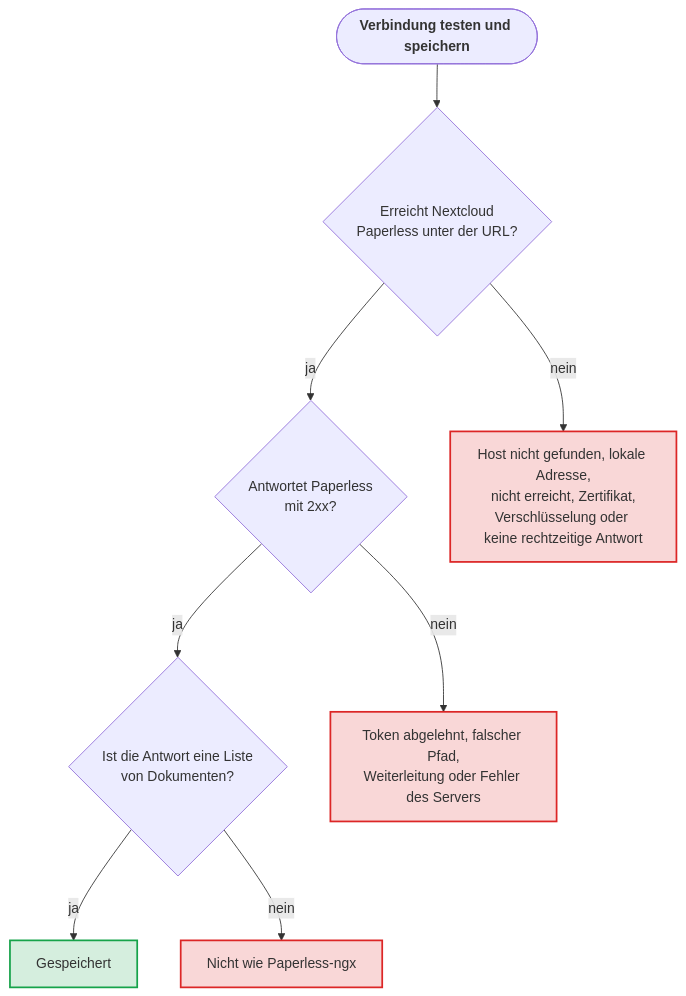
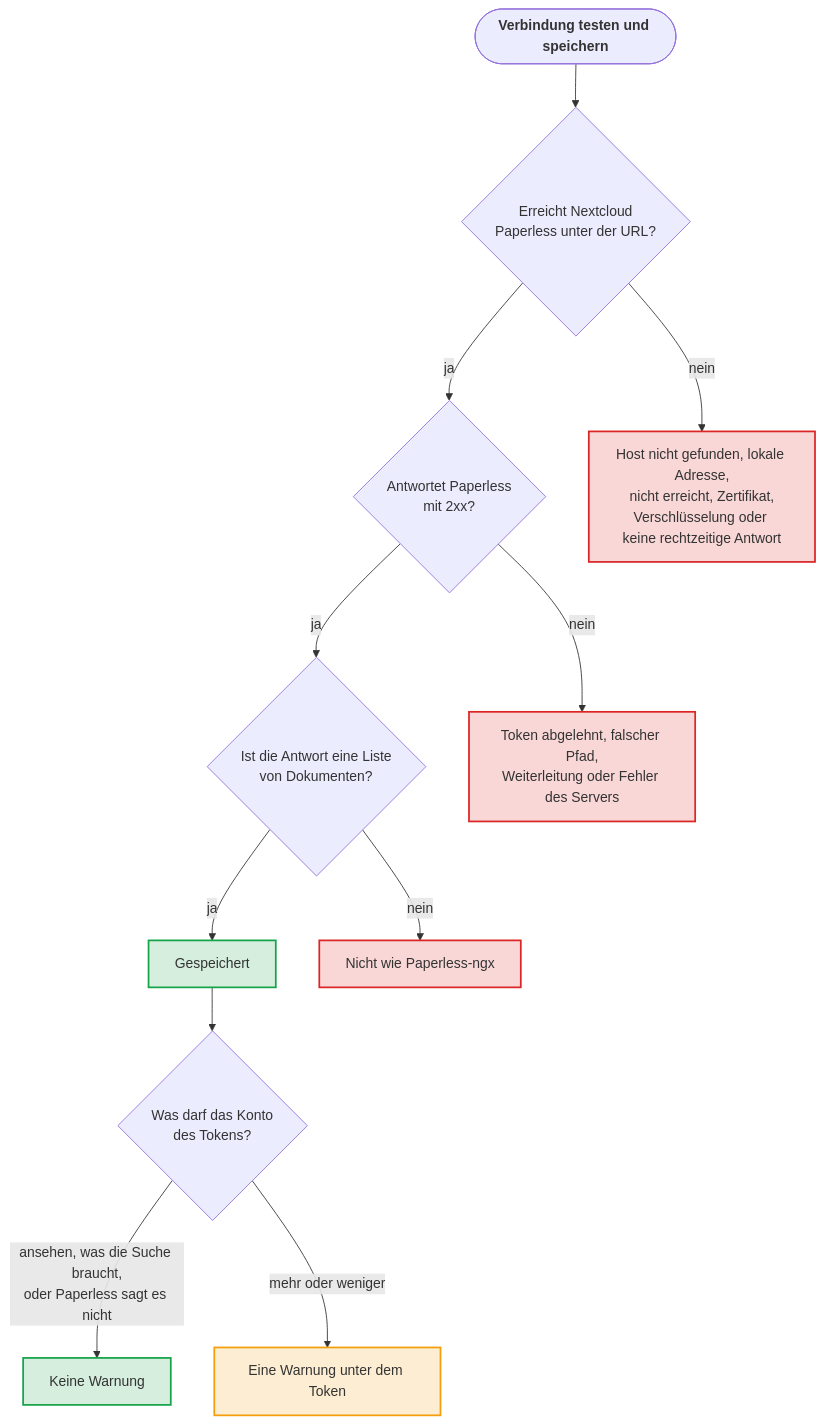
One commit to Dennis-Otto/paperless-unified-search changed the diagram in docs/diagrams/what-the-test-of-the-connection-checks.de.mmd. Above: the diagram before and after it, drawn with Mermaid. The commit also changed 66 other files, not shown here.

First line of the commit message:
feat(settings): warn when the API token can change documents or can't read the names that results show (#226)

```diff
--- a/docs/diagrams/what-the-test-of-the-connection-checks.de.mmd
+++ b/docs/diagrams/what-the-test-of-the-connection-checks.de.mmd
@@ -1,25 +1,33 @@
 flowchart TB
     accTitle: Was der Test der Verbindung prüft
-    accDescr: Verbindung testen und speichern fragt Paperless nach einem Dokument. Zuerst muss Nextcloud Paperless unter der URL erreichen: seinen Host finden, sich mit seiner Adresse verbinden dürfen, sich innerhalb von 3 Sekunden verbinden, seinem Zertifikat vertrauen und innerhalb von 10 Sekunden eine Antwort bekommen; sonst nennt die Meldung, was davon fehlgeschlagen ist. Dann muss Paperless mit einem Status 2xx antworten; ein abgelehntes Token, ein falscher Pfad, eine Weiterleitung oder ein Fehler des Servers haben je eine eigene Meldung. Zuletzt muss die Antwort eine Liste von Dokumenten von Paperless-ngx sein. Erst dann werden die Einstellungen gespeichert.
+    accDescr: Verbindung testen und speichern fragt Paperless nach einem Dokument. Zuerst muss Nextcloud Paperless unter der URL erreichen: seinen Host finden, sich mit seiner Adresse verbinden dürfen, sich innerhalb von 3 Sekunden verbinden, seinem Zertifikat vertrauen und innerhalb von 10 Sekunden eine Antwort bekommen; sonst nennt die Meldung, was davon fehlgeschlagen ist. Dann muss Paperless mit einem Status 2xx antworten; ein abgelehntes Token, ein falscher Pfad, eine Weiterleitung oder ein Fehler des Servers haben je eine eigene Meldung. Zuletzt muss die Antwort eine Liste von Dokumenten von Paperless-ngx sein. Erst dann werden die Einstellungen gespeichert. Zuletzt sagt Paperless, was das Konto des Tokens darf, wenn es seine UI-Einstellungen ansehen darf, und die Einstellungen warnen unter dem Token vor einem Superuser, einem Admin, einem Konto, das Dokumente ändern darf, oder einem, das keine Korrespondenten oder Dokumenttypen ansehen darf.
 
     test(["`**Verbindung testen und speichern**`"])
     reach{"Erreicht Nextcloud<br>Paperless unter der URL?"}
     status{"Antwortet Paperless<br>mit 2xx?"}
     list{"Ist die Antwort eine Liste<br>von Dokumenten?"}
     saved["Gespeichert"]
+    may{"Was darf das Konto<br>des Tokens?"}
+    viewing["Keine Warnung"]
+    warned["Eine Warnung unter dem Token"]
     network["Host nicht gefunden, lokale Adresse,<br>nicht erreicht, Zertifikat,<br>Verschlüsselung oder keine rechtzeitige Antwort"]
     refused["Token abgelehnt, falscher Pfad,<br>Weiterleitung oder Fehler des Servers"]
     other["Nicht wie Paperless-ngx"]
 
     test --> reach
     reach -- "ja" --> status
     reach -- "nein" --> network
     status -- "ja" --> list
     status -- "nein" --> refused
     list -- "ja" --> saved
     list -- "nein" --> other
+    saved --> may
+    may -- "ansehen, was die Suche braucht,<br>oder Paperless sagt es nicht" --> viewing
+    may -- "mehr oder weniger" --> warned
 
     classDef yes fill:#16a34a2e,stroke:#16a34a,stroke-width:2px
     classDef no fill:#dc26262e,stroke:#dc2626,stroke-width:2px
-    class saved yes
+    classDef warn fill:#f59e0b2e,stroke:#f59e0b,stroke-width:2px
+    class saved,viewing yes
+    class warned warn
     class network,refused,other no
```
